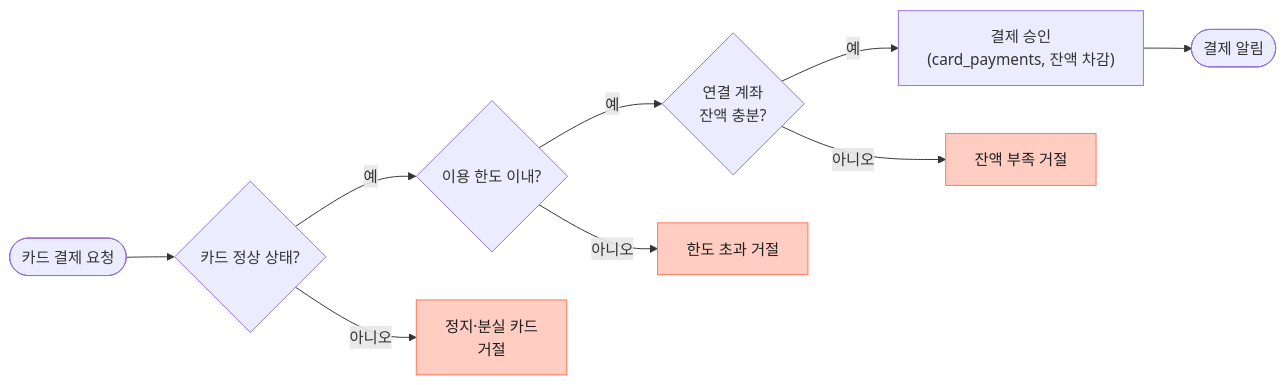
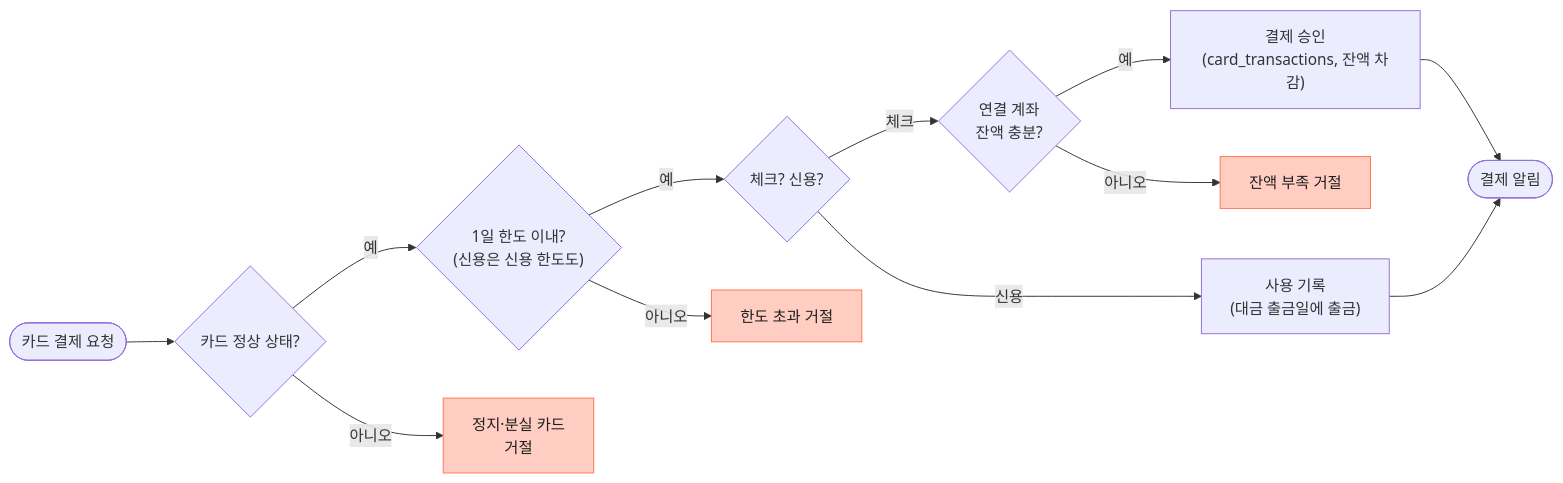
The fourth of 8 diagrams in docs/planning/user-flows.md (noviz-domino/avengers-bank-noviz), drawn with Mermaid before and after one commit. The commit also changed other lines of this file and 21 other files, not shown here.

````diff
--- a/docs/planning/user-flows.md
+++ b/docs/planning/user-flows.md
@@ -57,12 +57,15 @@
 ```mermaid
 flowchart LR
     A([카드 결제 요청]) --> B{카드 정상 상태?}
-    B -- 예 --> C{이용 한도 이내?}
+    B -- 예 --> C{"1일 한도 이내?<br/>(신용은 신용 한도도)"}
     B -- 아니오 --> BF["정지·분실 카드<br/>거절"]:::fail
-    C -- 예 --> D{"연결 계좌<br/>잔액 충분?"}
+    C -- 예 --> T{체크? 신용?}
     C -- 아니오 --> CF[한도 초과 거절]:::fail
-    D -- 예 --> E["결제 승인<br/>(card_payments, 잔액 차감)"]
+    T -- 체크 --> D{"연결 계좌<br/>잔액 충분?"}
+    T -- 신용 --> G["사용 기록<br/>(대금 출금일에 출금)"]
+    D -- 예 --> E["결제 승인<br/>(card_transactions, 잔액 차감)"]
     D -- 아니오 --> DF[잔액 부족 거절]:::fail
     E --> F([결제 알림])
+    G --> F
     classDef fail fill:#FFCDC2,stroke:#FF7556,color:#1E1E1E
 ```
````
